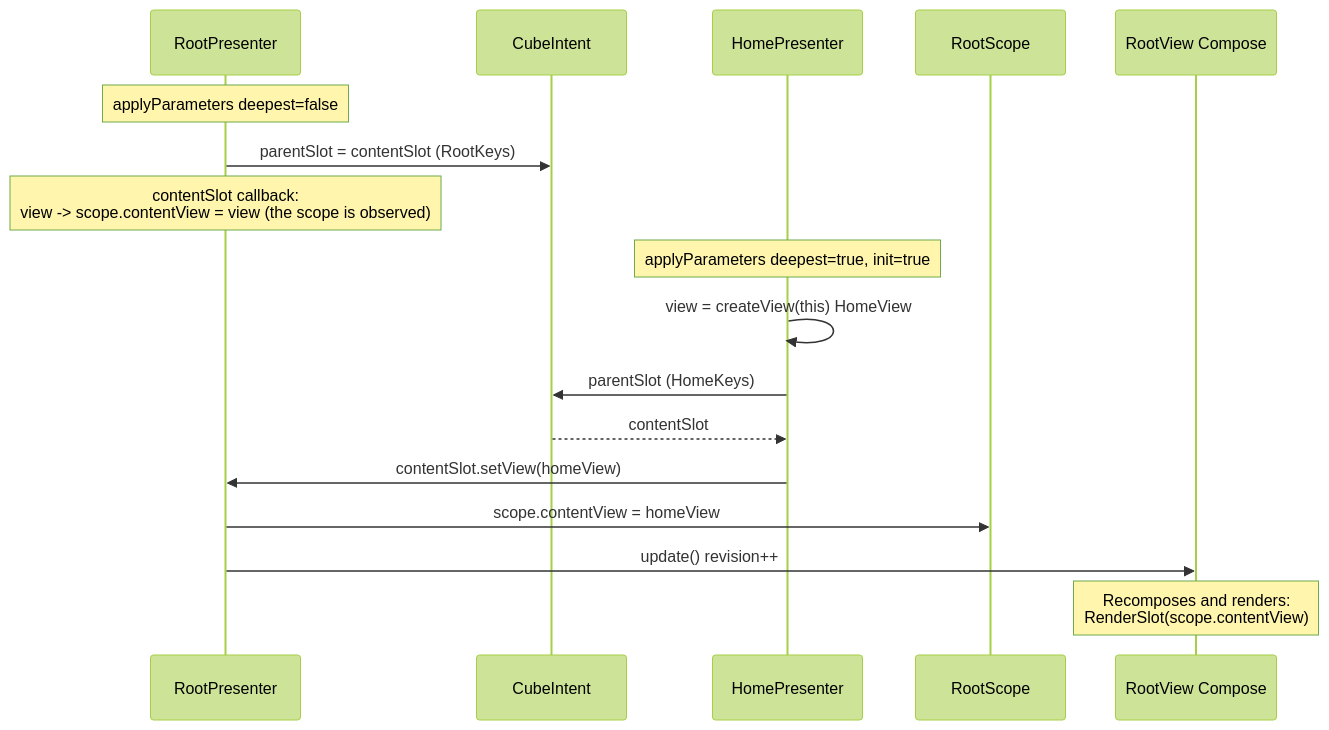
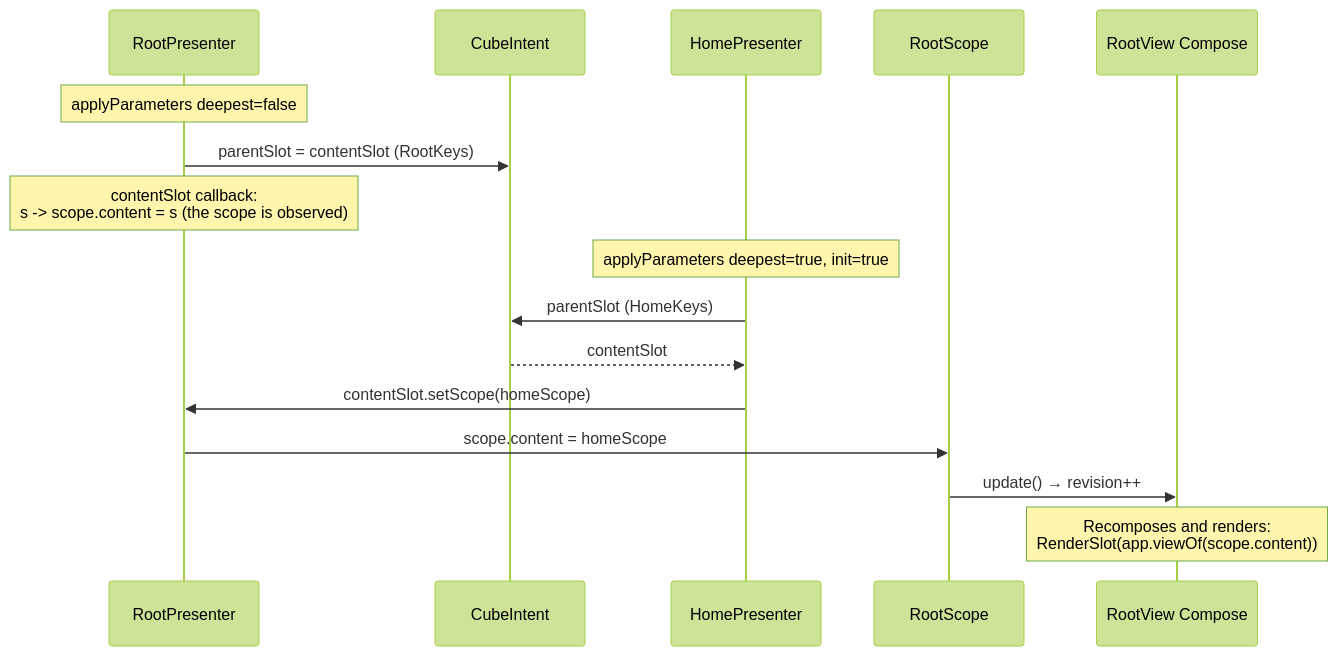
One commit to mrcdom/wdc-cube-kotlin changed the sixth of 9 diagrams in docs/architecture-cube-compose.md. Above: the diagram before and after it, drawn with Mermaid (forest theme). The commit also changed other lines of this file and 14 other files, not shown here.

````diff
--- a/docs/architecture-cube-compose.md
+++ b/docs/architecture-cube-compose.md
@@ -342,21 +329,20 @@
 ```mermaid
 sequenceDiagram
     participant Root as RootPresenter
     participant Intent as CubeIntent
     participant Home as HomePresenter
     participant RootScope
     participant RootView as RootView Compose
 
     Note over Root: applyParameters deepest=false
     Root->>Intent: parentSlot = contentSlot (RootKeys)
-    Note over Root: contentSlot callback:<br/>view -> scope.contentView = view (the scope is observed)
+    Note over Root: contentSlot callback:<br/>s -> scope.content = s (the scope is observed)
 
     Note over Home: applyParameters deepest=true, init=true
-    Home->>Home: view = createView(this) HomeView
     Home->>Intent: parentSlot (HomeKeys)
     Intent-->>Home: contentSlot
-    Home->>Root: contentSlot.setView(homeView)
-    Root->>RootScope: scope.contentView = homeView
-    Root->>RootView: update() revision++
-    Note over RootView: Recomposes and renders:<br/>RenderSlot(scope.contentView)
+    Home->>Root: contentSlot.setScope(homeScope)
+    Root->>RootScope: scope.content = homeScope
+    RootScope->>RootView: update() → revision++
+    Note over RootView: Recomposes and renders:<br/>RenderSlot(app.viewOf(scope.content))
 ```
````
